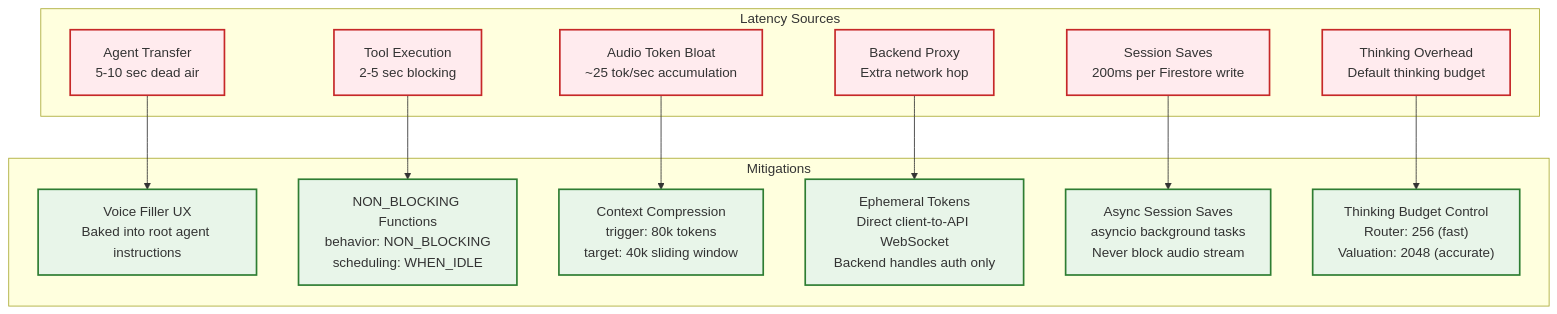
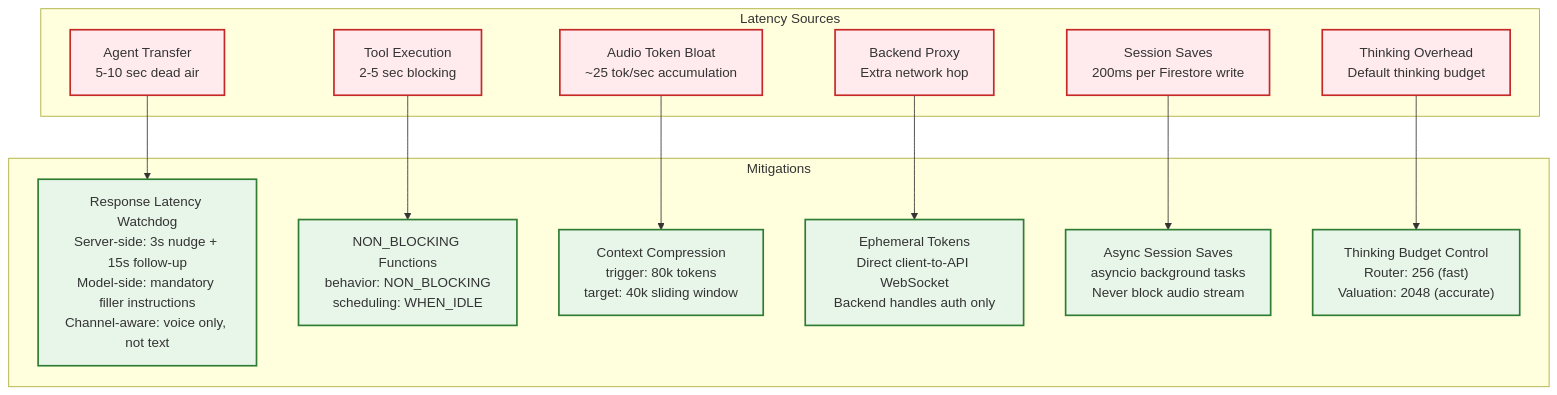
Before and after one commit to ogabasseyy/ekaette: the fourth of 4 diagrams in docs/architecture/02-voice-agents.md, drawn with Mermaid. The commit also changed other lines of this file and 22 other files, not shown here.

````diff
--- a/docs/architecture/02-voice-agents.md
+++ b/docs/architecture/02-voice-agents.md
@@ -148,33 +155,33 @@
 ```mermaid
 graph TB
     subgraph "Latency Sources"
         L1["Agent Transfer<br/>5-10 sec dead air"]
         L2["Tool Execution<br/>2-5 sec blocking"]
         L3["Audio Token Bloat<br/>~25 tok/sec accumulation"]
         L4["Backend Proxy<br/>Extra network hop"]
         L5["Session Saves<br/>200ms per Firestore write"]
         L6["Thinking Overhead<br/>Default thinking budget"]
     end
 
     subgraph "Mitigations"
-        M1["Voice Filler UX<br/>Baked into root agent instructions"]
+        M1["Response Latency Watchdog<br/>Server-side: 3s nudge + 15s follow-up<br/>Model-side: mandatory filler instructions<br/>Channel-aware: voice only, not text"]
         M2["NON_BLOCKING Functions<br/>behavior: NON_BLOCKING<br/>scheduling: WHEN_IDLE"]
         M3["Context Compression<br/>trigger: 80k tokens<br/>target: 40k sliding window"]
         M4["Ephemeral Tokens<br/>Direct client-to-API WebSocket<br/>Backend handles auth only"]
         M5["Async Session Saves<br/>asyncio background tasks<br/>Never block audio stream"]
         M6["Thinking Budget Control<br/>Router: 256 (fast)<br/>Valuation: 2048 (accurate)"]
     end
 
     L1 --> M1
     L2 --> M2
     L3 --> M3
     L4 --> M4
     L5 --> M5
     L6 --> M6
 
     classDef danger fill:#FFEBEE,stroke:#C62828,stroke-width:2px
     classDef fix fill:#E8F5E9,stroke:#2E7D32,stroke-width:2px
 
     class L1,L2,L3,L4,L5,L6 danger
     class M1,M2,M3,M4,M5,M6 fix
 ```
````
